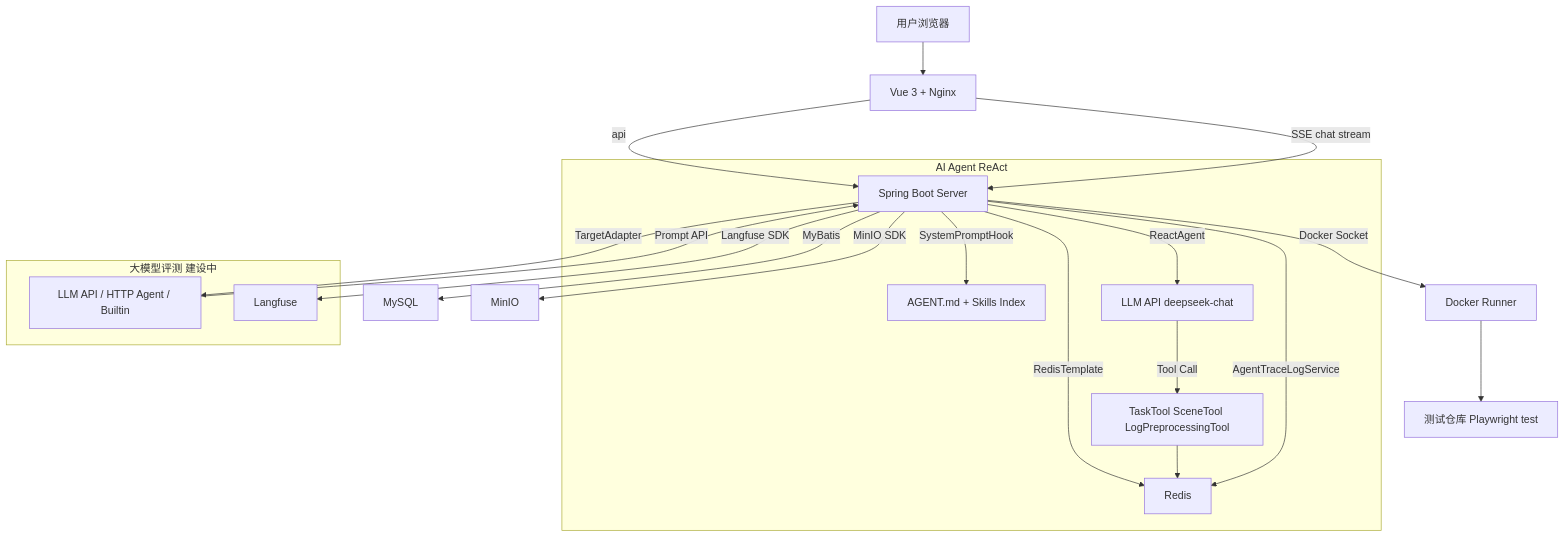
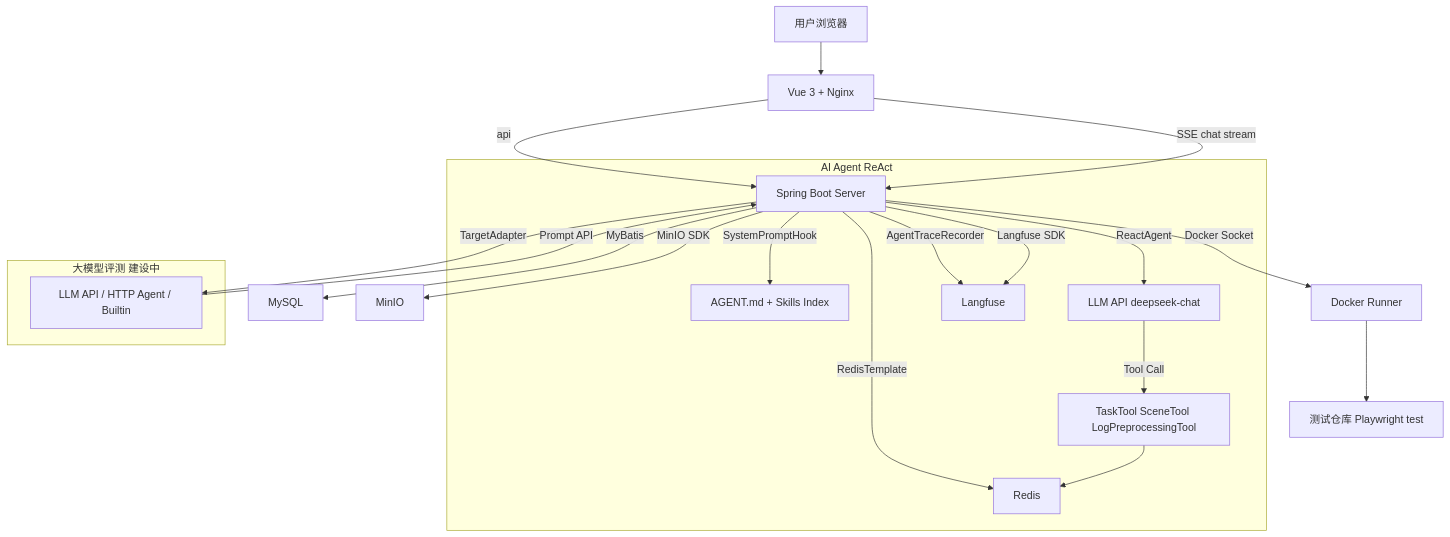
One commit to MenXiaoHuan/testplatform changed the diagram in README.md. Above: the diagram before and after it, drawn with Mermaid. The commit also changed other lines of this file and 213 other files, not shown here.

````diff
--- a/README.md
+++ b/README.md
@@ -59,25 +59,25 @@
 ```mermaid
 flowchart TD
     User[用户浏览器] --> Web[Vue 3 + Nginx]
     Web -->|api| Server[Spring Boot Server]
     Web -->|SSE chat stream| Server
     Server -->|MyBatis| MySQL[MySQL]
     Server -->|RedisTemplate| Redis[Redis]
     Server -->|MinIO SDK| MinIO[MinIO]
     Server -->|Docker Socket| Runner[Docker Runner]
     Runner --> Repo[测试仓库 Playwright test]
 
     subgraph Agent[AI Agent ReAct]
         Server -->|SystemPromptHook| Prompt[AGENT.md + Skills Index]
         Server -->|ReactAgent| LLM[LLM API deepseek-chat]
         LLM -->|Tool Call| Tools[TaskTool SceneTool LogPreprocessingTool]
         Tools --> Redis
-        Server -->|AgentTraceLogService| Redis
+        Server -->|AgentTraceRecorder| Langfuse
     end
 
     subgraph Eval[大模型评测 建设中]
         Server -->|TargetAdapter| EvalTarget[LLM API / HTTP Agent / Builtin]
         Server -->|Langfuse SDK| Langfuse[Langfuse]
         EvalTarget -->|Prompt API| Server
     end
 ```
````
